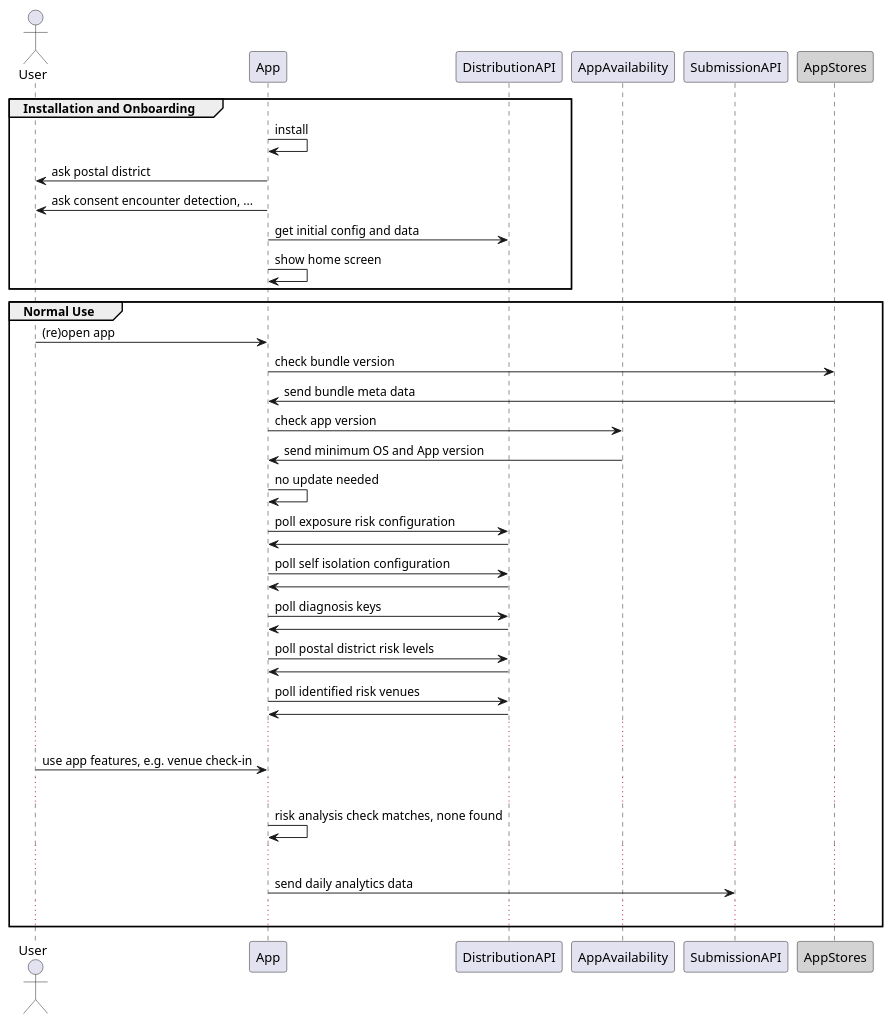
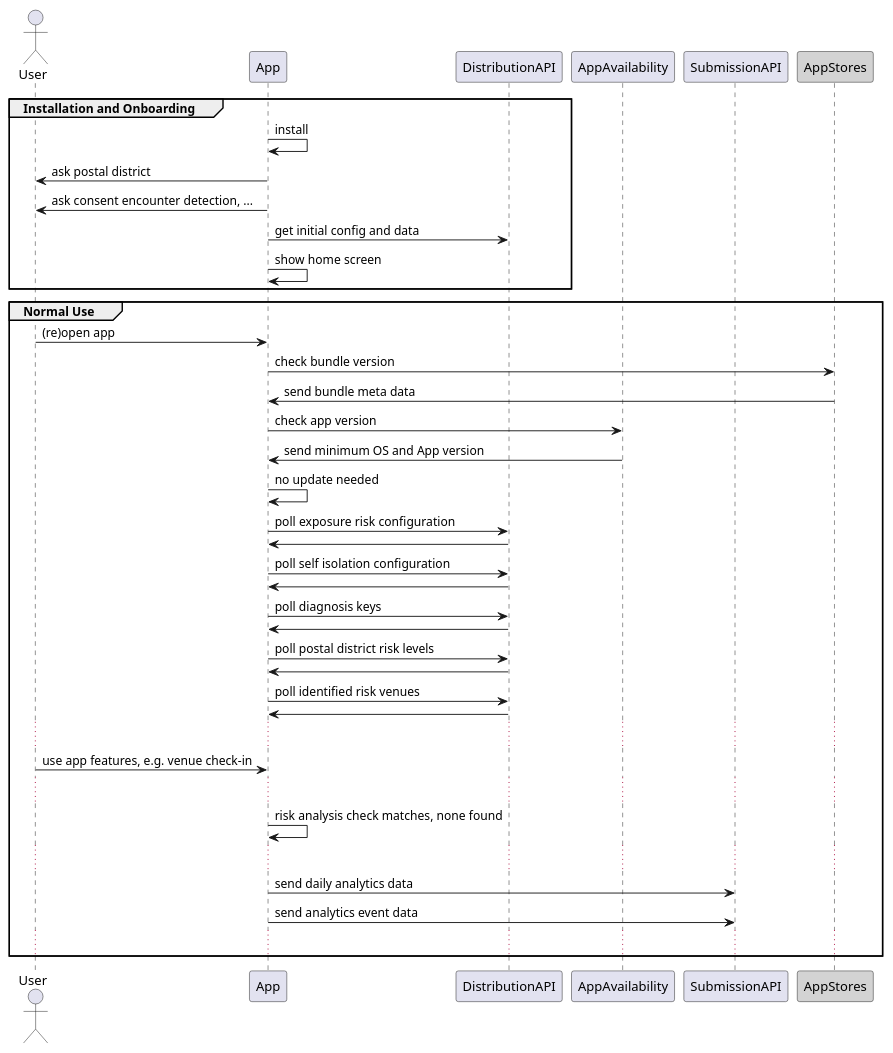
One commit to ukhsa-collaboration/covid19-app-system-public changed the diagram in doc/architecture/diagrams/plant-uml/sys-flow-install-and-normal.puml. Above: the diagram before and after it, drawn with PlantUML. The commit also changed 195 other files, not shown here.

```diff
--- a/doc/architecture/diagrams/plant-uml/sys-flow-install-and-normal.puml
+++ b/doc/architecture/diagrams/plant-uml/sys-flow-install-and-normal.puml
@@ -1,48 +1,49 @@
 @startuml system-flow_install-and-normal
 
 Actor User 
 
 Participant AppStores order 30 #LightGrey
 
 group Installation and Onboarding
 App -> App : install
 App -> User : ask postal district
 App -> User : ask consent encounter detection, ...
 App -> DistributionAPI: get initial config and data
 App -> App:  show home screen
 end
 
 group Normal Use
 User -> App : (re)open app
 App -> AppStores : check bundle version
 App <- AppStores : send bundle meta data
 App -> AppAvailability : check app version
 App <- AppAvailability : send minimum OS and App version
 App -> App: no update needed
 
 App -> DistributionAPI: poll exposure risk configuration
 App <- DistributionAPI: 
 App -> DistributionAPI: poll self isolation configuration
 App <- DistributionAPI
 
 App -> DistributionAPI: poll diagnosis keys
 App <- DistributionAPI
 
 App -> DistributionAPI: poll postal district risk levels
 App <- DistributionAPI
 
 App -> DistributionAPI: poll identified risk venues
 App <- DistributionAPI
 ...
 
 User -> App: use app features, e.g. venue check-in
 ...
 
 App -> App: risk analysis check matches, none found
 ...
 
 App -> SubmissionAPI: send daily analytics data 
+App -> SubmissionAPI: send analytics event data 
 ...
 end
 
 @enduml
```
